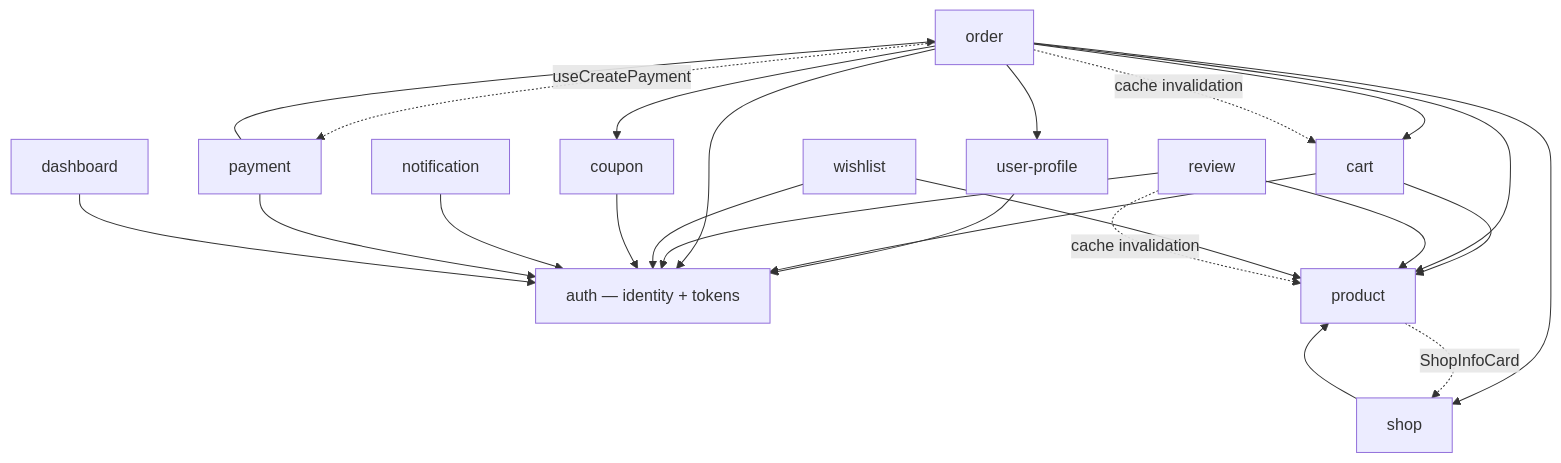
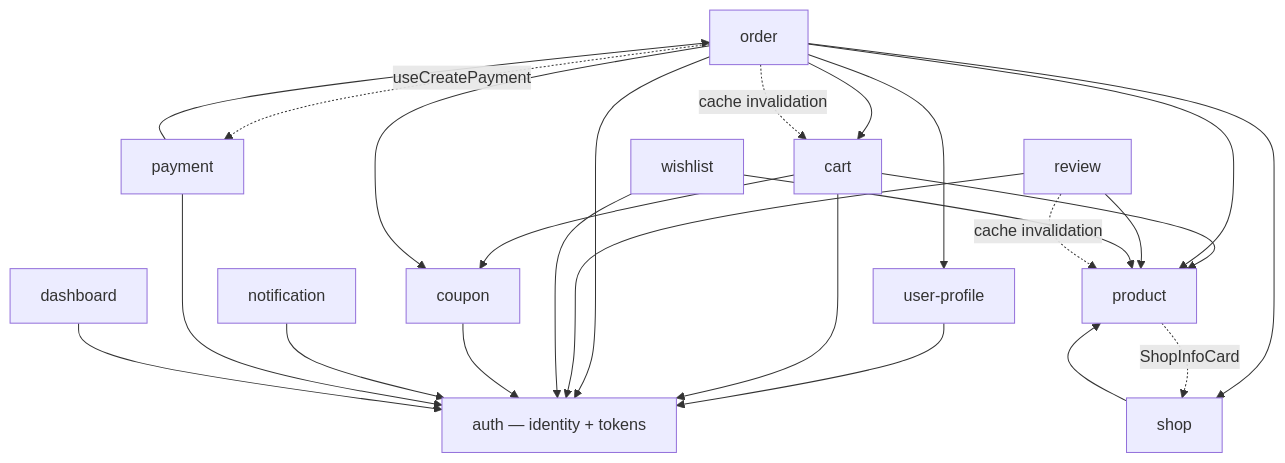
One commit to Hy-Khang/E-commerce-shop-Amazon- changed the second of 2 diagrams in frontend-react/docs/FE-ARCHITECTURE.md. Above: the diagram before and after it, drawn with Mermaid. The commit also changed other lines of this file and 23 other files, not shown here.

First line of the commit message:
feat(coupon): shop coupons phase 5 — vouchers on the cart page

````diff
--- a/frontend-react/docs/FE-ARCHITECTURE.md
+++ b/frontend-react/docs/FE-ARCHITECTURE.md
@@ -149,30 +149,31 @@
 ```mermaid
 graph TD
     Auth["auth — identity + tokens"]
     UP["user-profile"] --> Auth
     Product["product"]
     Shop["shop"] --> Product
     Cart["cart"] --> Auth
     Cart --> Product
+    Cart --> Coupon
     Order["order"] --> Auth
     Order --> Cart
     Order --> UP
     Order --> Product
     Order --> Shop
     Review["review"] --> Auth
     Review --> Product
     Wishlist["wishlist"] --> Auth
     Wishlist --> Product
     Coupon["coupon"] --> Auth
     Order --> Coupon
 
     Notification["notification"] --> Auth
     Payment["payment"] --> Auth
     Payment --> Order
     Dashboard["dashboard"] --> Auth
 
     Product -.->|ShopInfoCard| Shop
     Order -.->|cache invalidation| Cart
     Order -.->|useCreatePayment| Payment
     Review -.->|cache invalidation| Product
 ```
````
